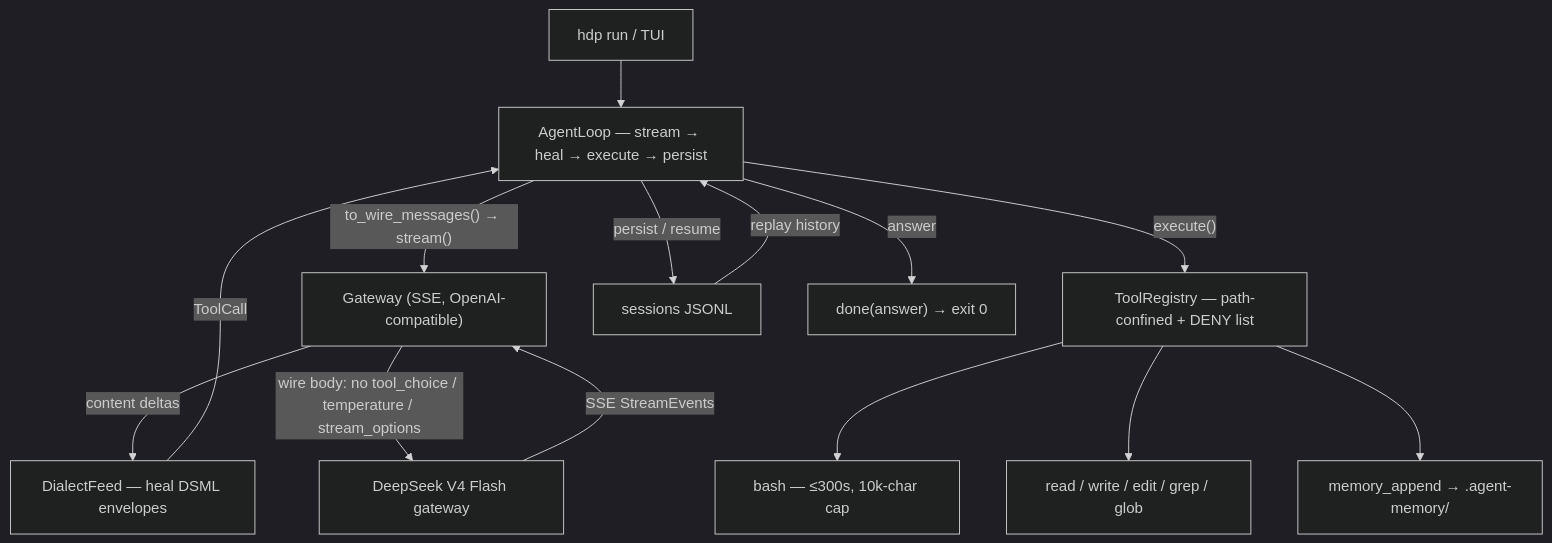
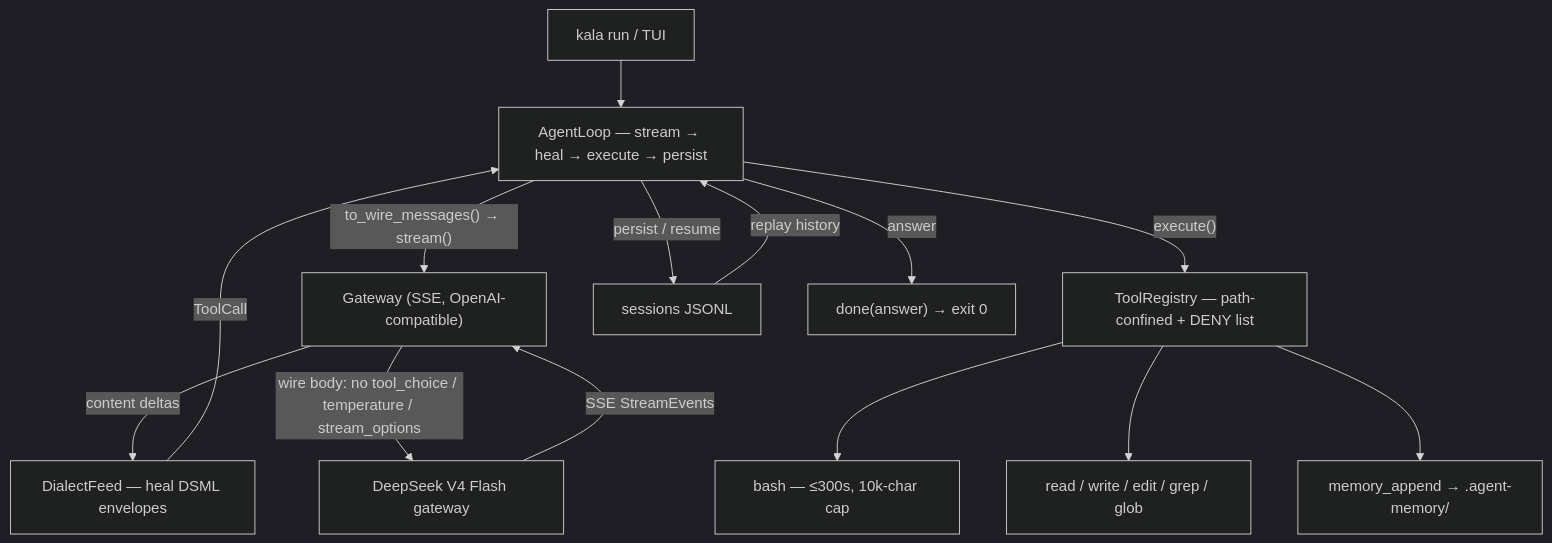
The diagram in README.md (shivamnarkar47/hdp), drawn with Mermaid (dark theme) before and after one commit. The commit also changed other lines of this file and 33 other files, not shown here.

Commit message:
rename hdp → kala (काल: 'I am Time', Gita 11.32) — binary, paths, env vars, docs, installers

````diff
--- a/README.md
+++ b/README.md
@@ -45,14 +45,14 @@
 ```mermaid
 flowchart TD
-    ENTRY["hdp run / TUI"] --> LOOP["AgentLoop — stream → heal → execute → persist"]
+    ENTRY["kala run / TUI"] --> LOOP["AgentLoop — stream → heal → execute → persist"]
     LOOP -->|"to_wire_messages() → stream()"| GW["Gateway (SSE, OpenAI-compatible)"]
     GW -->|"content deltas"| DIALECT["DialectFeed — heal DSML envelopes"]
     DIALECT -->|"ToolCall"| LOOP
     LOOP -->|"execute()"| TOOLS["ToolRegistry — path-confined + DENY list"]
     TOOLS --> BASH["bash — ≤300s, 10k-char cap"] & FS["read / write / edit / grep / glob"] & MAP["memory_append → .agent-memory/"]
     LOOP -->|"persist / resume"| SESS["sessions JSONL"]
     SESS -->|"replay history"| LOOP
     GW -->|"wire body: no tool_choice / temperature / stream_options"| API["DeepSeek V4 Flash gateway"]
     API -->|"SSE StreamEvents"| GW
     LOOP -->|"answer"| OUT["done(answer) → exit 0"]
 ```
````
